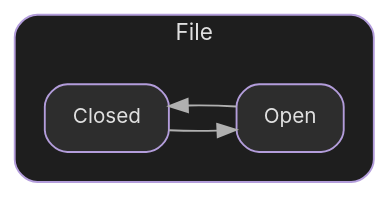
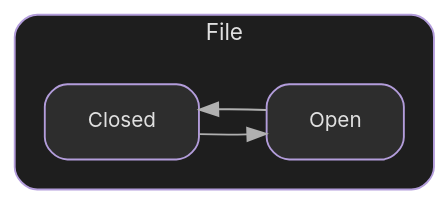
One commit to elijahr/nim-typestates changed the first of 4 diagrams in docs/guide/visualization.md. Above: the diagram before and after it, drawn with Graphviz. The commit also changed other lines of this file and 9 other files, not shown here.

Commit message:
style(viz): increase node margin for better spacing

````diff
--- a/docs/guide/visualization.md
+++ b/docs/guide/visualization.md
@@ -53,27 +53,27 @@
 ```dot
 digraph {
   rankdir=LR;
   bgcolor="transparent";
   pad=0.5;
 
-  node [shape=box, style="rounded,filled", fillcolor="#2d2d2d", color="#b39ddb", fontcolor="#e0e0e0", fontname="Inter, SF Pro Display, -apple-system, BlinkMacSystemFont, Segoe UI, Roboto, sans-serif", fontsize=11, margin="0.2,0.1"];
+  node [shape=box, style="rounded,filled", fillcolor="#2d2d2d", color="#b39ddb", fontcolor="#e0e0e0", fontname="Inter, SF Pro Display, -apple-system, BlinkMacSystemFont, Segoe UI, Roboto, sans-serif", fontsize=11, margin="0.3,0.2"];
   edge [fontname="Inter, SF Pro Display, -apple-system, BlinkMacSystemFont, Segoe UI, Roboto, sans-serif", fontsize=9, color="#b0b0b0"];
 
   subgraph cluster_File {
     label="File";
     fontname="Inter, SF Pro Display, -apple-system, BlinkMacSystemFont, Segoe UI, Roboto, sans-serif";
     fontsize=12;
     fontcolor="#e0e0e0";
     style="rounded";
     color="#b39ddb";
     bgcolor="#1e1e1e";
     margin=16;
 
     Closed;
     Open;
 
     Closed -> Open;
     Open -> Closed;
   }
 }
 ```
````
